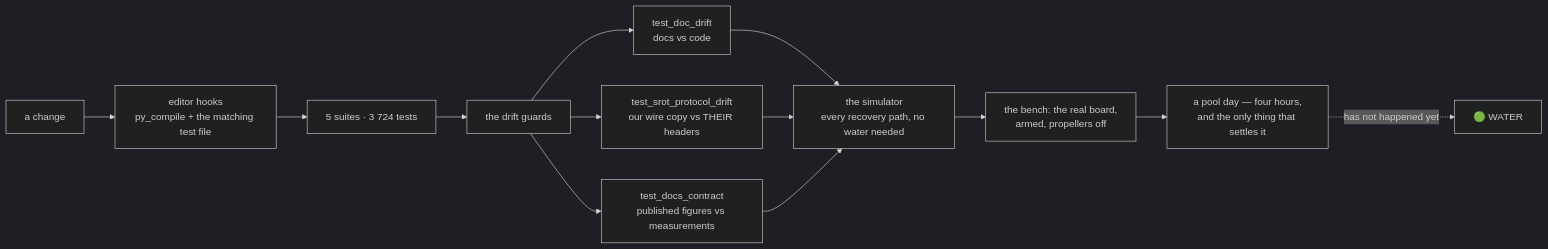
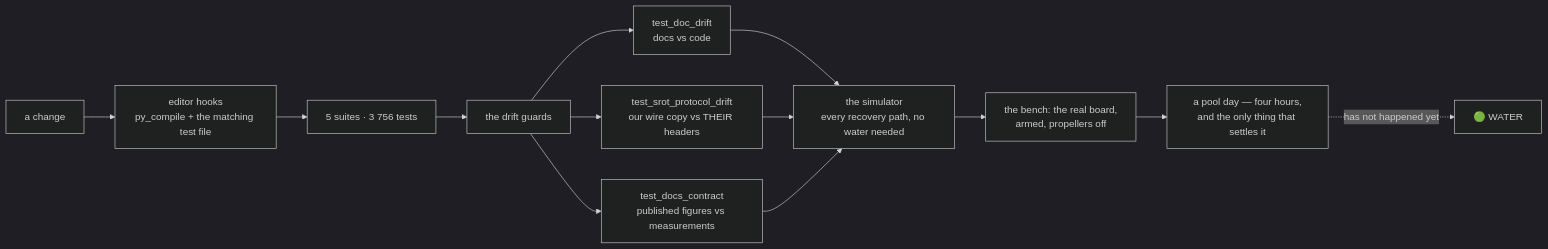
Before and after one commit to fh1m/duburi_ws: the ninth of 10 diagrams in README.md, drawn with Mermaid (dark theme). The commit also changed other lines of this file and 6 other files, not shown here.

````diff
--- a/README.md
+++ b/README.md
@@ -752,15 +752,15 @@
 ```mermaid
 flowchart LR
     DEV["a change"] --> HOOK["editor hooks<br/>py_compile + the matching test file"]
-    HOOK --> UNIT["5 suites · 3 724 tests"]
+    HOOK --> UNIT["5 suites · 3 756 tests"]
     UNIT --> GUARD["the drift guards"]
     GUARD --> G1["test_doc_drift<br/>docs vs code"]
     GUARD --> G2["test_srot_protocol_drift<br/>our wire copy vs THEIR headers"]
     GUARD --> G3["test_docs_contract<br/>published figures vs measurements"]
     G1 --> SIM["the simulator<br/>every recovery path, no water needed"]
     G2 --> SIM
     G3 --> SIM
     SIM --> BENCH["the bench: the real board,<br/>armed, propellers off"]
     BENCH --> POOL["a pool day — four hours,<br/>and the only thing that settles it"]
     POOL -.->|"has not happened yet"| WATER["🟢 WATER"]
 ```
````
